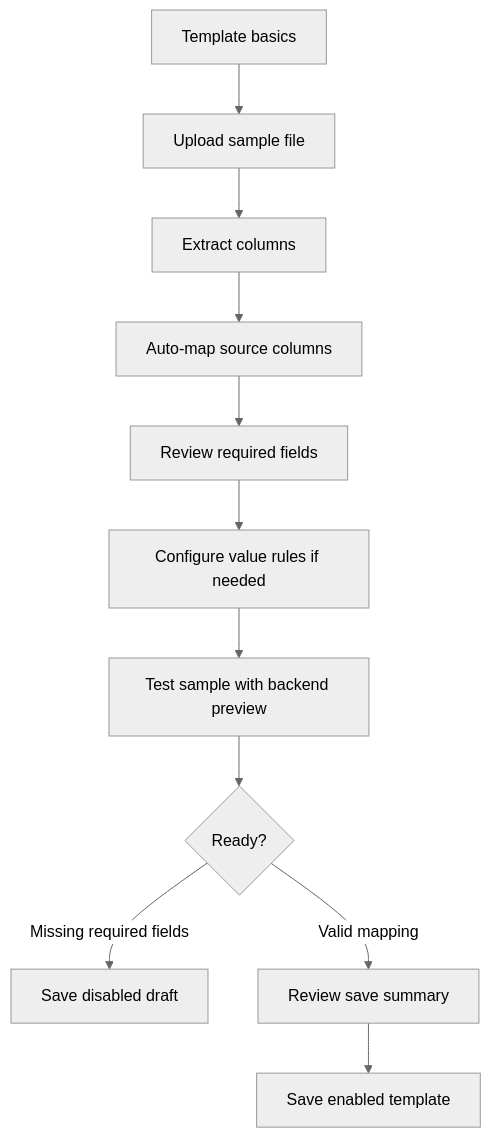
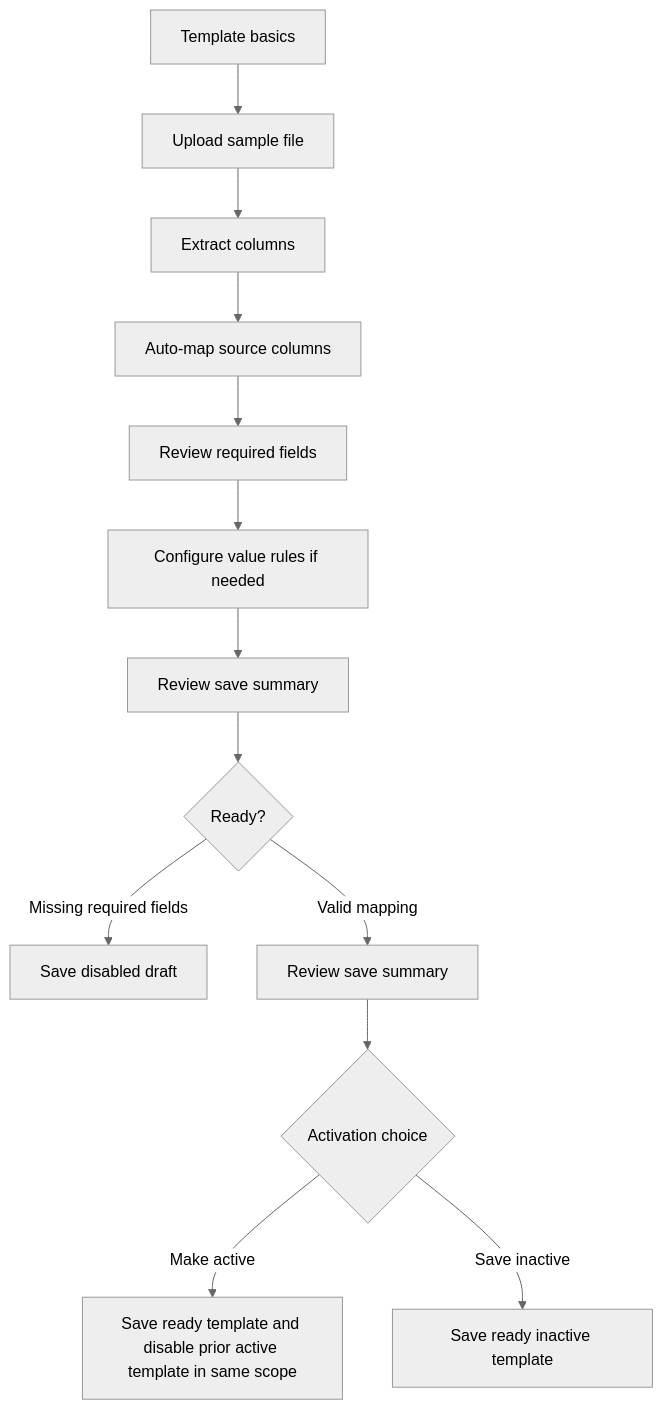
One commit to selva-czs/SecVulManager changed the third of 7 diagrams in ARCHITECTURE_AND_INGESTION_FLOW.md. Above: the diagram before and after it, drawn with Mermaid (neutral theme). The commit also changed other lines of this file and 40 other files, not shown here.

Commit message:
changes to active records, single template per vendor software and mapped usage of softwares for customers

````diff
--- a/ARCHITECTURE_AND_INGESTION_FLOW.md
+++ b/ARCHITECTURE_AND_INGESTION_FLOW.md
@@ -113,13 +116,15 @@
 ```mermaid
 flowchart TD
   A["Template basics"] --> B["Upload sample file"]
   B --> C["Extract columns"]
   C --> D["Auto-map source columns"]
   D --> E["Review required fields"]
   E --> F["Configure value rules if needed"]
-  F --> G["Test sample with backend preview"]
+  F --> G["Review save summary"]
   G --> H{"Ready?"}
   H -- "Missing required fields" --> I["Save disabled draft"]
   H -- "Valid mapping" --> J["Review save summary"]
-  J --> K["Save enabled template"]
+  J --> K{"Activation choice"}
+  K -- "Make active" --> L["Save ready template and disable prior active template in same scope"]
+  K -- "Save inactive" --> M["Save ready inactive template"]
 ```
````
